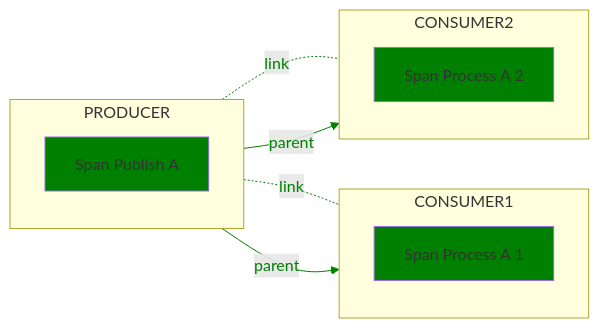
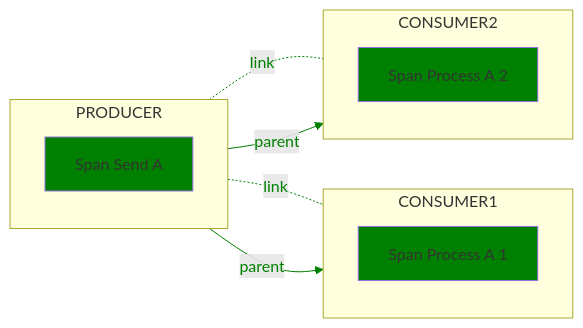
One commit to open-telemetry/semantic-conventions changed the first of 4 diagrams in docs/messaging/messaging-spans.md. Above: the diagram before and after it, drawn with Mermaid. The commit also changed other lines of this file and 12 other files, not shown here.

Commit message:
Change messaging.operation.type=publish to send (#1422)

````diff
--- a/docs/messaging/messaging-spans.md
+++ b/docs/messaging/messaging-spans.md
@@ -509,23 +511,23 @@
 ```mermaid
 flowchart LR;
   subgraph PRODUCER
   direction TB
-  P[Span Publish A]
+  P[Span Send A]
   end
   subgraph CONSUMER1
   direction TB
   R1[Span Process A 1]
   end
   subgraph CONSUMER2
   direction TB
   R2[Span Process A 2]
   end
   P-. link .-R1;
   P-- parent -->R1;
   P-. link .-R2;
   P-- parent -->R2;
 
   classDef normal fill:green
   class P,R1,R2 normal
   linkStyle 0,1,2,3 color:green,stroke:green
 ```
````
